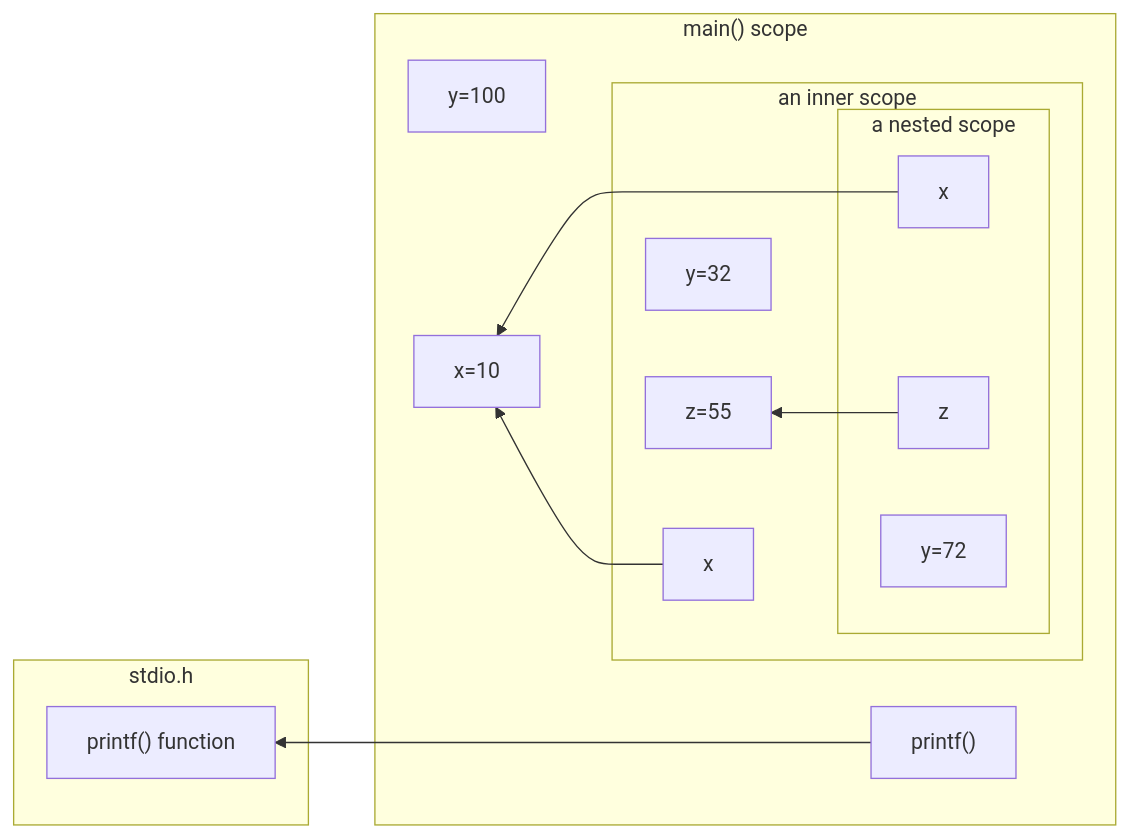
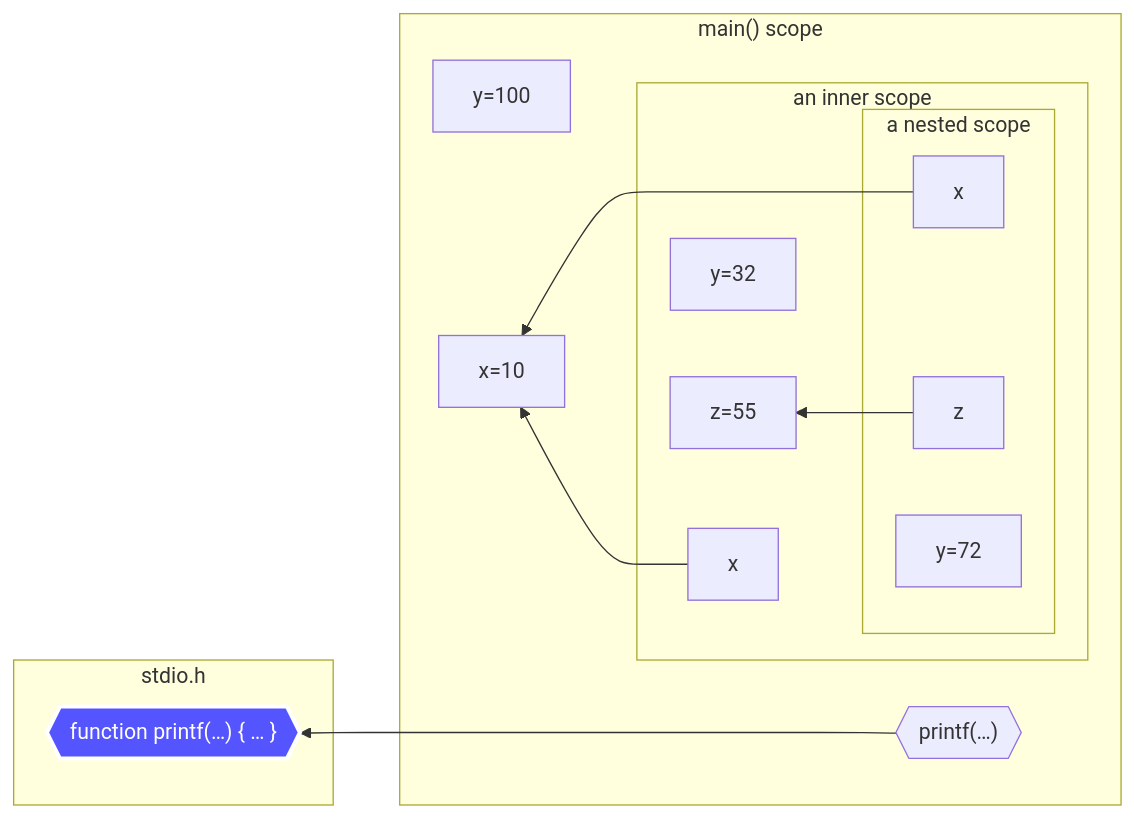
One commit to realityexpander/How_to_program_from_ground_up changed the diagram in 08-StructuredProgramming.md. Above: the diagram before and after it, drawn with Mermaid.

Commit message:
make header clear

````diff
--- a/08-StructuredProgramming.md
+++ b/08-StructuredProgramming.md
@@ -89,29 +89,31 @@
   ```mermaid
      flowchart RL
   
      subgraph main_scope["main() scope"]
        y01["y=100"]
        x1["x=10"]
        x3 ---> x1
        x2 --> x1
        subgraph innerScope["an inner scope"]
          x2["x"]
          y2["y=32"]
          z1["z=55"]
          z2 --> z1
          subgraph nestedScope["a nested scope"]
            y3["y=72"]
            x3["x"]
            z2["z"]
          end
        end
        
        printf2
      end
   
      subgraph stdio["stdio.h"]
-       printf["printf() function"]
+       printf{{"function printf(…) { … }"}}
      end
   
-     printf2["printf()"] ----> printf   
+     printf2{{"printf(…)"}} ----> printf:::Object
+     
+     classDef Object fill:#55F, stroke:#FFF, stroke-width:3px, color:#fff   
   ```
````
